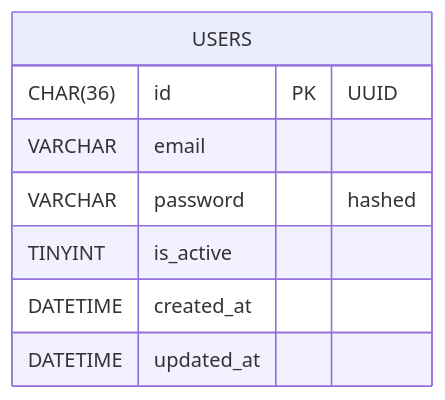
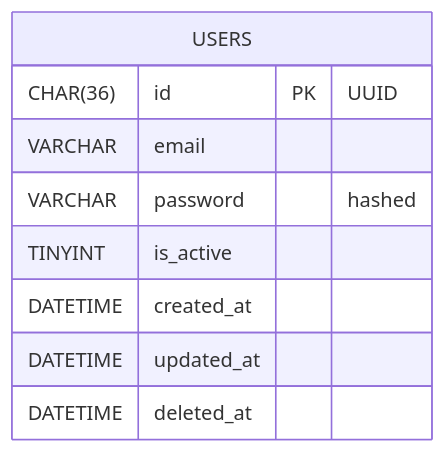
Before and after one commit to soyjuandelgado/coach-assistant: the first of 3 diagrams in README.md, drawn with Mermaid. The commit also changed other lines of this file and 1 other file, not shown here.

````diff
--- a/README.md
+++ b/README.md
@@ -105,11 +106,12 @@
 ```mermaid
 erDiagram
     USERS {
         CHAR(36) id PK "UUID"
         VARCHAR email
         VARCHAR password "hashed"
         TINYINT is_active
         DATETIME created_at
         DATETIME updated_at
+        DATETIME deleted_at
     }
 ```
````
